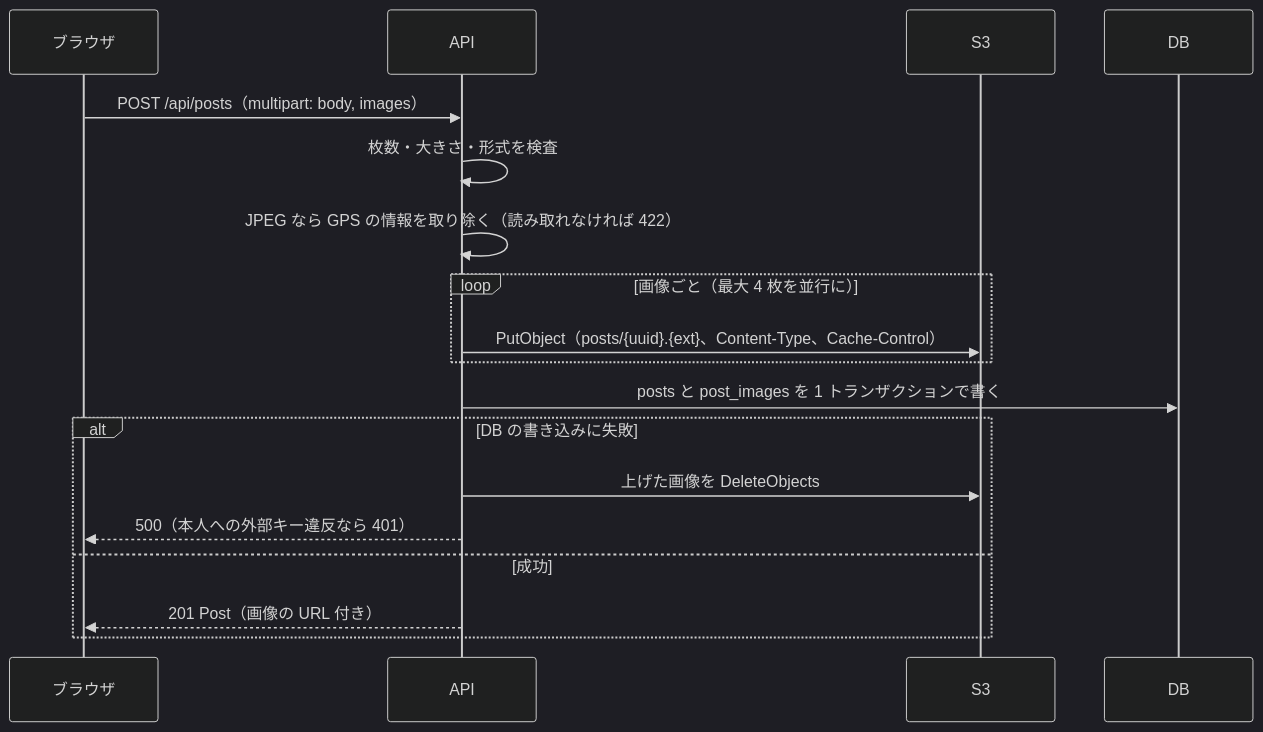
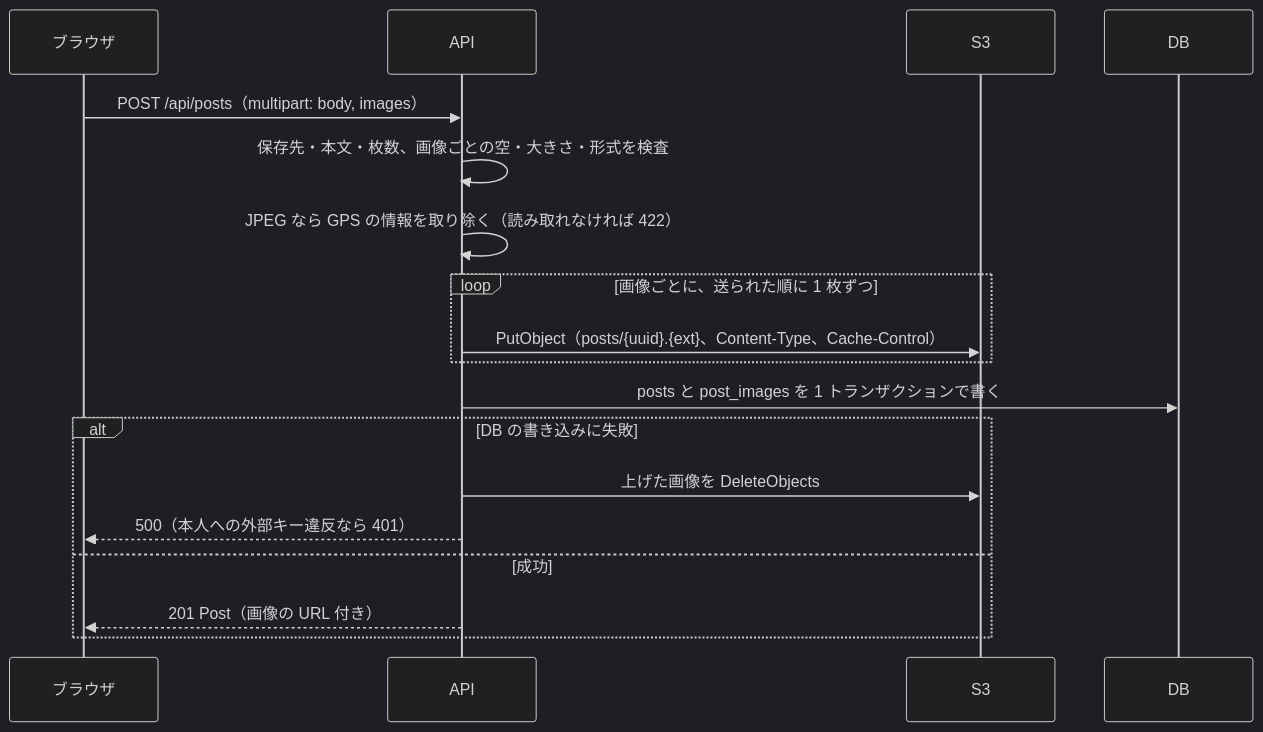
The diagram in docs/image-storage-design.md (tk-media-code/raise-timeline), drawn with Mermaid (dark theme) before and after one commit. The commit also changed other lines of this file and 8 other files, not shown here.

````diff
--- a/docs/image-storage-design.md
+++ b/docs/image-storage-design.md
@@ -88,20 +91,20 @@
 ```mermaid
 sequenceDiagram
     participant B as ブラウザ
     participant A as API
     participant S3
     participant DB
     B->>A: POST /api/posts（multipart: body, images）
-    A->>A: 枚数・大きさ・形式を検査
+    A->>A: 保存先・本文・枚数、画像ごとの空・大きさ・形式を検査
     A->>A: JPEG なら GPS の情報を取り除く（読み取れなければ 422）
-    loop 画像ごと（最大 4 枚を並行に）
+    loop 画像ごとに、送られた順に 1 枚ずつ
         A->>S3: PutObject（posts/{uuid}.{ext}、Content-Type、Cache-Control）
     end
     A->>DB: posts と post_images を 1 トランザクションで書く
     alt DB の書き込みに失敗
         A->>S3: 上げた画像を DeleteObjects
         A-->>B: 500（本人への外部キー違反なら 401）
     else 成功
         A-->>B: 201 Post（画像の URL 付き）
     end
 ```
````
